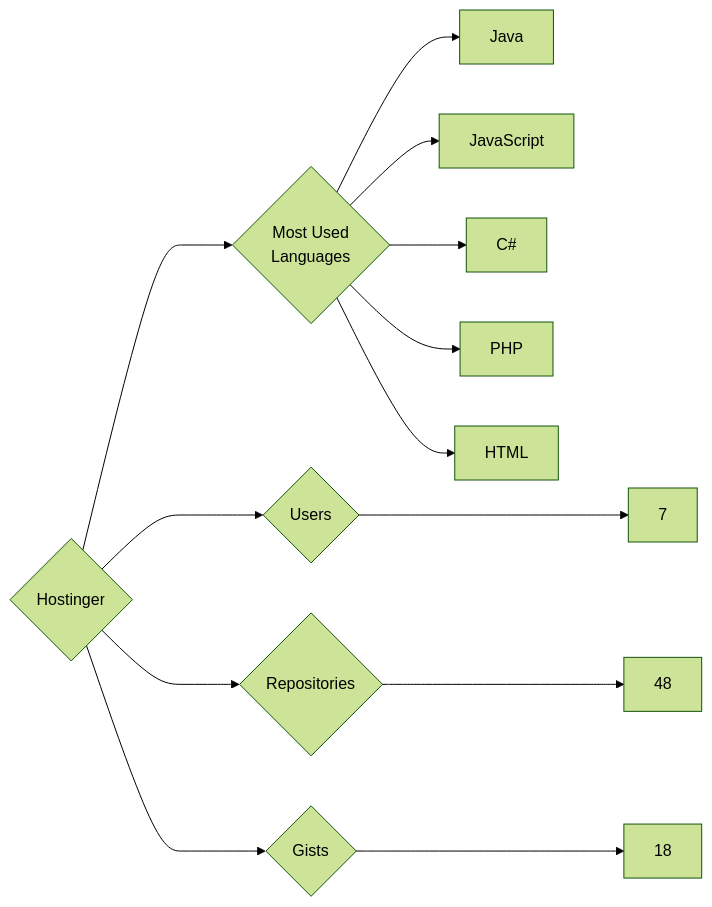
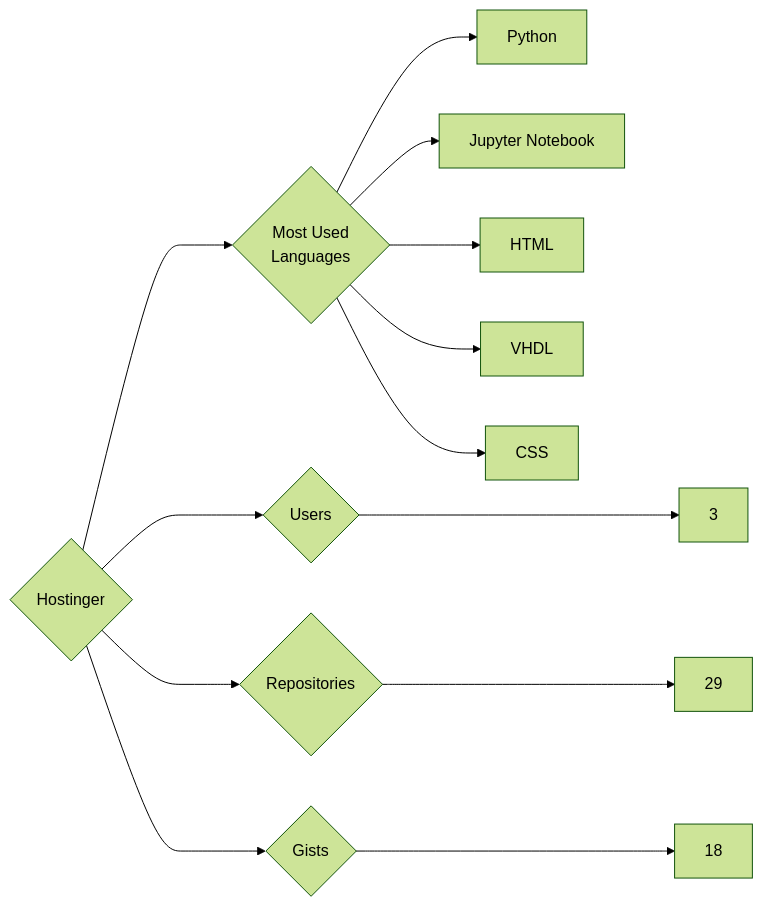
Before and after one commit to trickest/insiders: the diagram in targets/Hostinger/README.md, drawn with Mermaid (forest theme). The commit also changed 1036 other files, not shown here.

````diff
--- a/targets/Hostinger/README.md
+++ b/targets/Hostinger/README.md
@@ -3,13 +3,13 @@
 ```mermaid
 graph LR
 COMPANY_NAME{Hostinger}
-COMPANY_NAME ---> U{Users} ---> UN[7]
-COMPANY_NAME ---> R{Repositories} ---> RN[48]
+COMPANY_NAME ---> U{Users} ---> UN[3]
+COMPANY_NAME ---> R{Repositories} ---> RN[29]
 COMPANY_NAME ---> G{Gists} ---> GN[18]
 COMPANY_NAME ---> ML{Most Used<br>Languages}
-ML --> Java[Java]
-ML --> JavaScript[JavaScript]
-ML --> C#[C#]
-ML --> PHP[PHP]
+ML --> Python[Python]
+ML --> Jupyter_Notebook[Jupyter Notebook]
 ML --> HTML[HTML]
+ML --> VHDL[VHDL]
+ML --> CSS[CSS]
 ```
````
